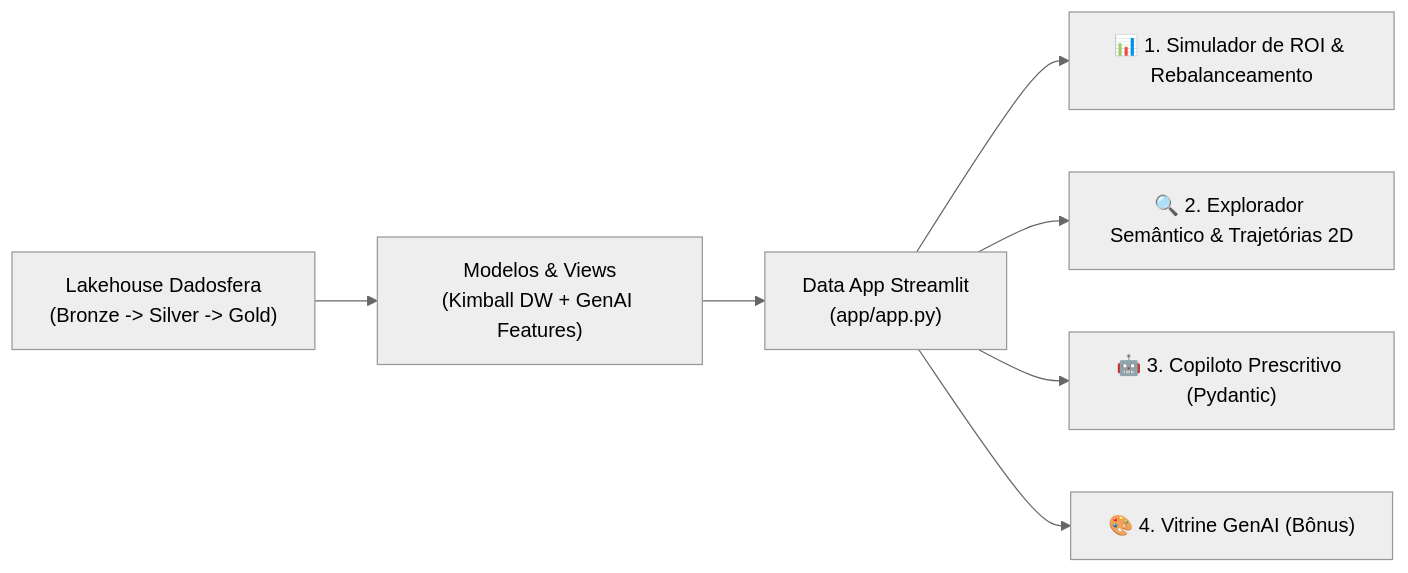
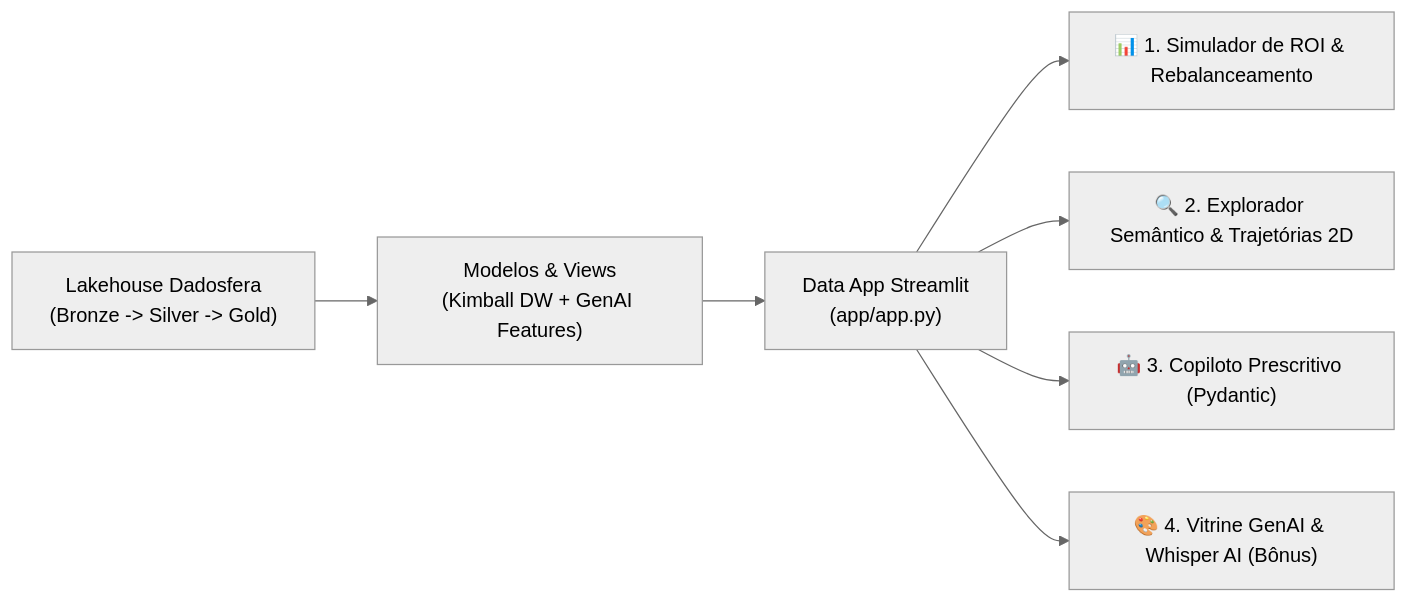
Before and after one commit to henriquesati/PEDRO_SALES_DDF_TECH_082026: the diagram in pipelines/case-item-09/outputs/data_app_report.md, drawn with Mermaid (neutral theme). The commit also changed other lines of this file and 26 other files, not shown here.

````diff
--- a/pipelines/case-item-09/outputs/data_app_report.md
+++ b/pipelines/case-item-09/outputs/data_app_report.md
@@ -17,9 +17,9 @@
 ```mermaid
 flowchart LR
     LAKEHOUSE["Lakehouse Dadosfera\n(Bronze -> Silver -> Gold)"] --> MODELS["Modelos & Views\n(Kimball DW + GenAI Features)"]
     MODELS --> STREAMLIT["Data App Streamlit\n(app/app.py)"]
     STREAMLIT --> M1["📊 1. Simulador de ROI & Rebalanceamento"]
     STREAMLIT --> M2["🔍 2. Explorador Semântico & Trajetórias 2D"]
     STREAMLIT --> M3["🤖 3. Copiloto Prescritivo (Pydantic)"]
-    STREAMLIT --> M4["🎨 4. Vitrine GenAI (Bônus)"]
+    STREAMLIT --> M4["🎨 4. Vitrine GenAI & Whisper AI (Bônus)"]
 ```
````
